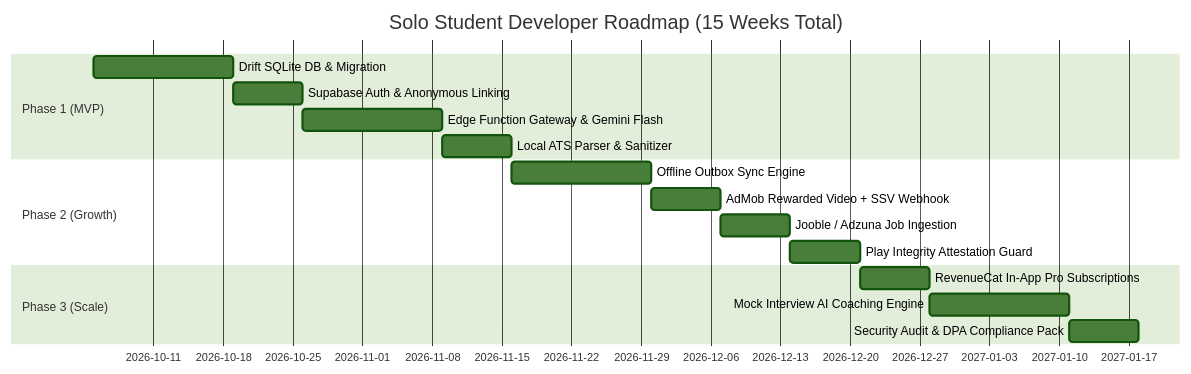
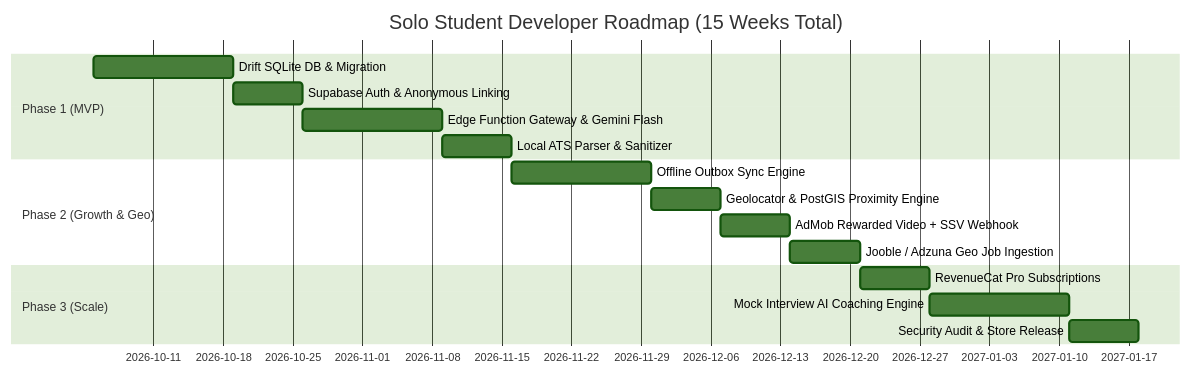
One commit to QuantumTan/rolevia changed diagram 14 of 14 in docs/BACKEND_PLAN.md. Above: the diagram before and after it, drawn with Mermaid (forest theme). The commit also changed other lines of this file and 16 other files, not shown here.

````diff
--- a/docs/BACKEND_PLAN.md
+++ b/docs/BACKEND_PLAN.md
@@ -1077,19 +812,19 @@
 ```mermaid
 gantt
     title Solo Student Developer Roadmap (15 Weeks Total)
     dateFormat  YYYY-MM-DD
     section Phase 1 (MVP)
     Drift SQLite DB & Migration           :p1_1, 2026-10-05, 2w
     Supabase Auth & Anonymous Linking     :p1_2, after p1_1, 1w
     Edge Function Gateway & Gemini Flash  :p1_3, after p1_2, 2w
     Local ATS Parser & Sanitizer          :p1_4, after p1_3, 1w
-    section Phase 2 (Growth)
+    section Phase 2 (Growth & Geo)
     Offline Outbox Sync Engine            :p2_1, 2026-11-16, 2w
-    AdMob Rewarded Video + SSV Webhook    :p2_2, after p2_1, 1w
-    Jooble / Adzuna Job Ingestion         :p2_3, after p2_2, 1w
-    Play Integrity Attestation Guard      :p2_4, after p2_3, 1w
+    Geolocator & PostGIS Proximity Engine :p2_2, after p2_1, 1w
+    AdMob Rewarded Video + SSV Webhook    :p2_3, after p2_2, 1w
+    Jooble / Adzuna Geo Job Ingestion     :p2_4, after p2_3, 1w
     section Phase 3 (Scale)
-    RevenueCat In-App Pro Subscriptions   :p3_1, 2026-12-21, 1w
+    RevenueCat Pro Subscriptions          :p3_1, 2026-12-21, 1w
     Mock Interview AI Coaching Engine     :p3_2, after p3_1, 2w
-    Security Audit & DPA Compliance Pack  :p3_3, after p3_2, 1w
+    Security Audit & Store Release        :p3_3, after p3_2, 1w
 ```
````
